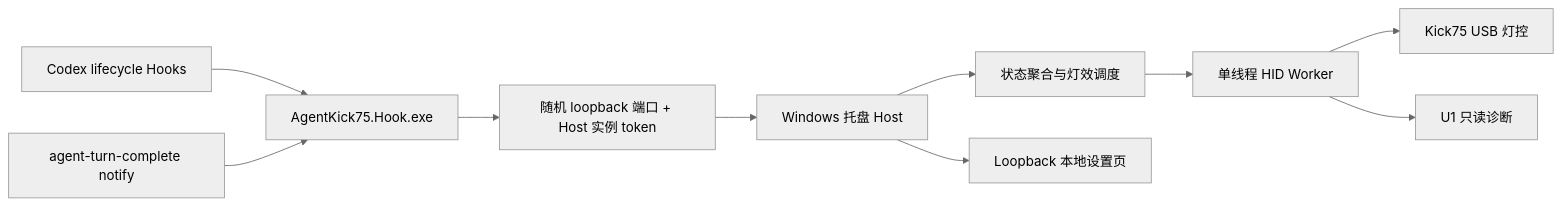
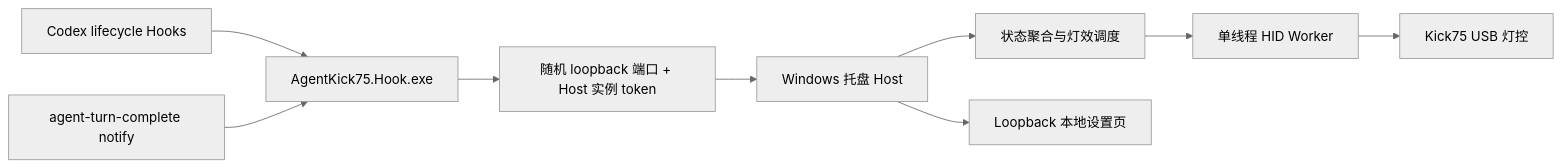
The diagram in README.md (QuinMeow/codex-kick75-status-lights), drawn with Mermaid (neutral theme) before and after one commit. The commit also changed other lines of this file and 5 other files, not shown here.

```diff
--- a/README.md
+++ b/README.md
@@ -63,12 +87,11 @@
 ~~~mermaid
 flowchart LR
     C["Codex lifecycle Hooks"] --> H["AgentKick75.Hook.exe"]
     N["agent-turn-complete notify"] --> H
     H --> P["随机 loopback 端口 + Host 实例 token"]
     P --> T["Windows 托盘 Host"]
     T --> S["状态聚合与灯效调度"]
     S --> W["单线程 HID Worker"]
     W --> U["Kick75 USB 灯控"]
-    W --> D["U1 只读诊断"]
     T --> L["Loopback 本地设置页"]
 ~~~
```
